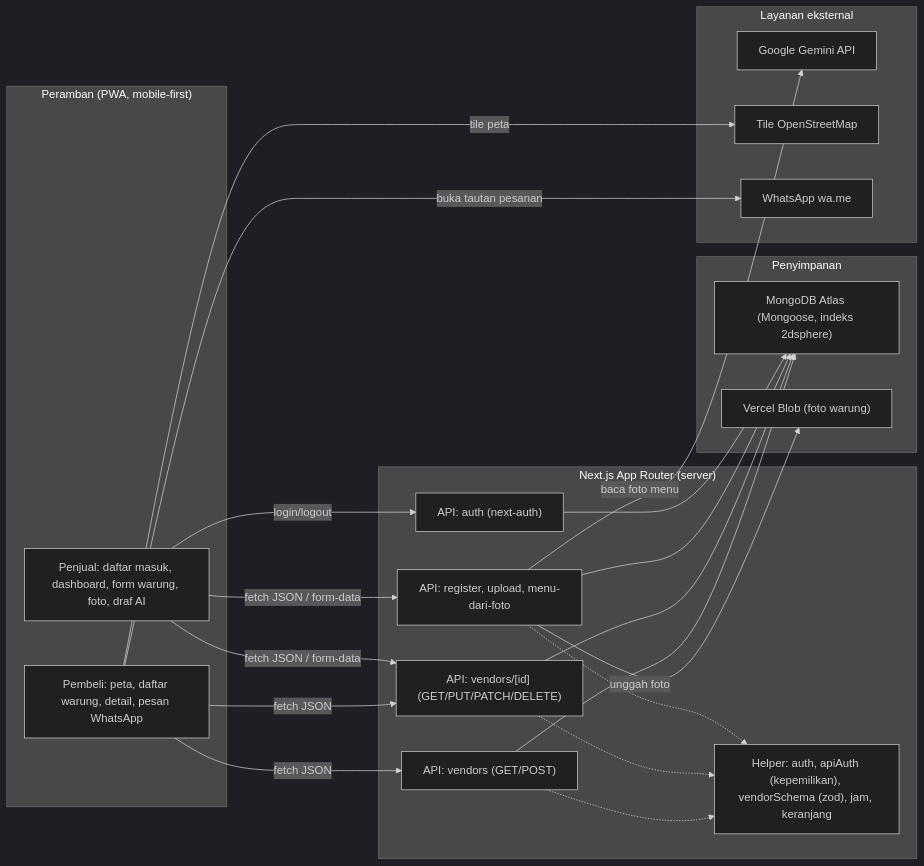
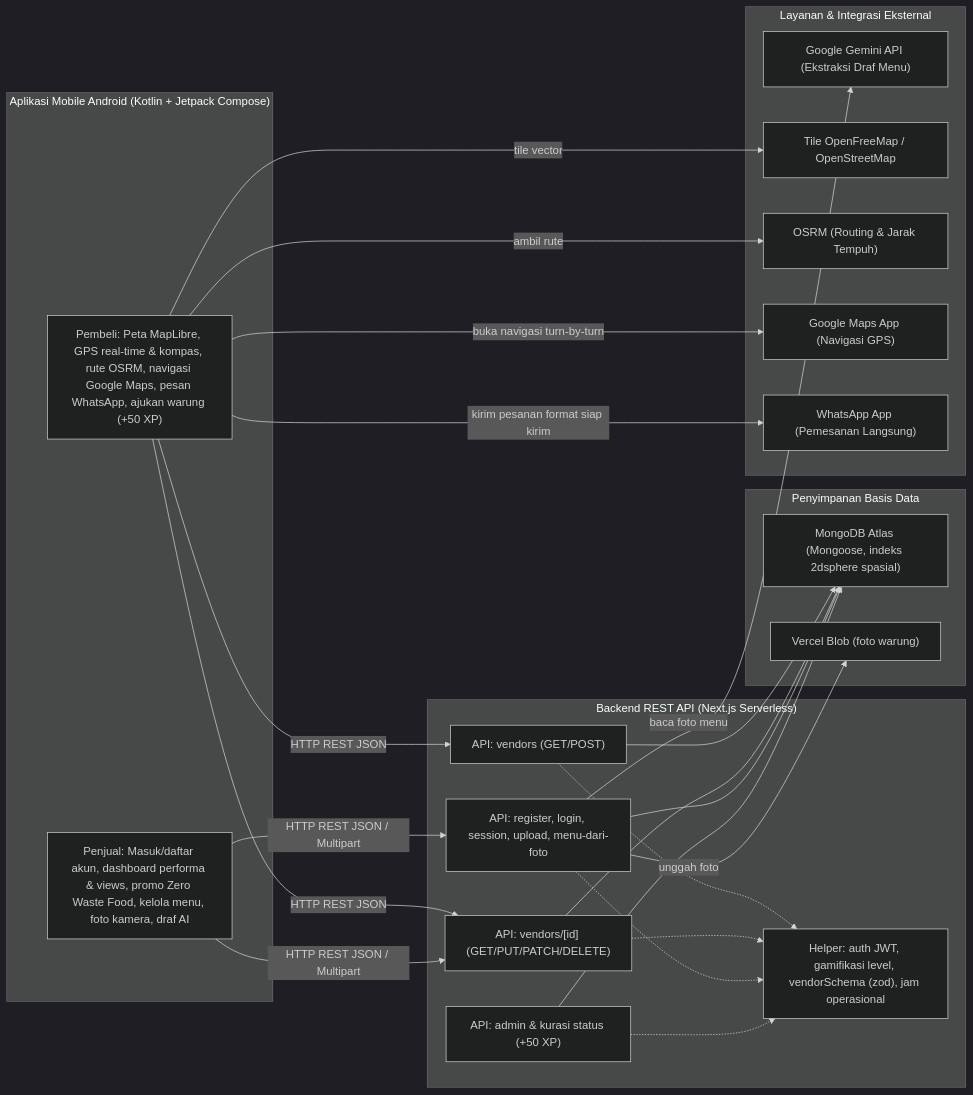
The first of 3 diagrams in README.md (nikd7690-ops/web-cari-jajan), drawn with Mermaid (dark theme) before and after one commit. The commit also changed other lines of this file, not shown here.

Commit message:
docs: update project identity and system architecture to mobile application

````diff
--- a/README.md
+++ b/README.md
@@ -123,44 +122,48 @@
 ```mermaid
 flowchart LR
-  subgraph Browser["Peramban (PWA, mobile-first)"]
-    P1["Pembeli: peta, daftar warung, detail, pesan WhatsApp"]
-    P2["Penjual: daftar masuk, dashboard, form warung, foto, draf AI"]
+  subgraph MobileApp["Aplikasi Mobile Android (Kotlin + Jetpack Compose)"]
+    P1["Pembeli: Peta MapLibre, GPS real-time & kompas, rute OSRM, navigasi Google Maps, pesan WhatsApp, ajukan warung (+50 XP)"]
+    P2["Penjual: Masuk/daftar akun, dashboard performa & views, promo Zero Waste Food, kelola menu, foto kamera, draf AI"]
   end
 
-  subgraph Server["Next.js App Router (server)"]
+  subgraph Server["Backend REST API (Next.js Serverless)"]
     R1["API: vendors (GET/POST)"]
     R2["API: vendors/[id] (GET/PUT/PATCH/DELETE)"]
-    R3["API: register, upload, menu-dari-foto"]
-    R4["API: auth (next-auth)"]
-    H1["Helper: auth, apiAuth (kepemilikan), vendorSchema (zod), jam, keranjang"]
+    R3["API: register, login, session, upload, menu-dari-foto"]
+    R4["API: admin & kurasi status (+50 XP)"]
+    H1["Helper: auth JWT, gamifikasi level, vendorSchema (zod), jam operasional"]
   end
 
-  subgraph Data["Penyimpanan"]
-    M["MongoDB Atlas (Mongoose, indeks 2dsphere)"]
+  subgraph Data["Penyimpanan Basis Data"]
+    M["MongoDB Atlas (Mongoose, indeks 2dsphere spasial)"]
     B["Vercel Blob (foto warung)"]
   end
 
-  subgraph External["Layanan eksternal"]
-    G["Google Gemini API"]
-    O["Tile OpenStreetMap"]
-    W["WhatsApp wa.me"]
+  subgraph External["Layanan & Integrasi Eksternal"]
+    G["Google Gemini API (Ekstraksi Draf Menu)"]
+    O["Tile OpenFreeMap / OpenStreetMap"]
+    RO["OSRM (Routing & Jarak Tempuh)"]
+    GM["Google Maps App (Navigasi GPS)"]
+    W["WhatsApp App (Pemesanan Langsung)"]
   end
 
-  P1 -->|fetch JSON| R1
-  P1 -->|fetch JSON| R2
-  P2 -->|fetch JSON / form-data| R2
-  P2 -->|fetch JSON / form-data| R3
-  P2 -->|login/logout| R4
-  P1 -->|tile peta| O
-  P1 -->|buka tautan pesanan| W
+  P1 -->|HTTP REST JSON| R1
+  P1 -->|HTTP REST JSON| R2
+  P2 -->|HTTP REST JSON / Multipart| R2
+  P2 -->|HTTP REST JSON / Multipart| R3
+  P1 -->|tile vector| O
+  P1 -->|ambil rute| RO
+  P1 -->|buka navigasi turn-by-turn| GM
+  P1 -->|kirim pesanan format siap kirim| W
 
   R1 --> M
   R2 --> M
   R3 --> M
+  R4 --> M
   R3 -->|unggah foto| B
   R3 -->|baca foto menu| G
-  R4 --> M
   R1 -.-> H1
   R2 -.-> H1
   R3 -.-> H1
+  R4 -.-> H1
 ```
````
